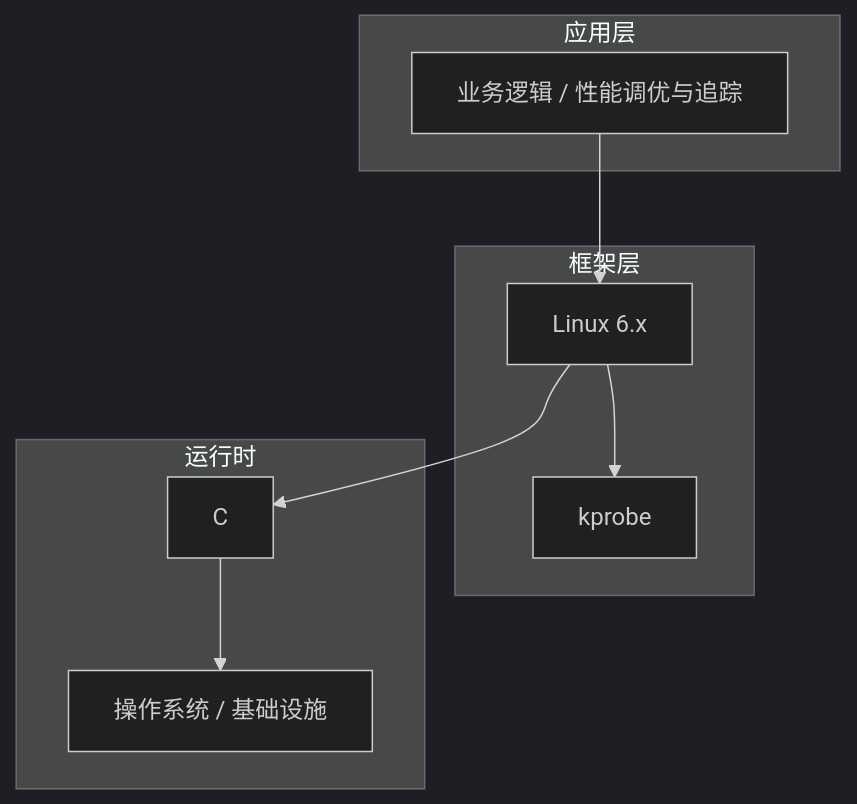
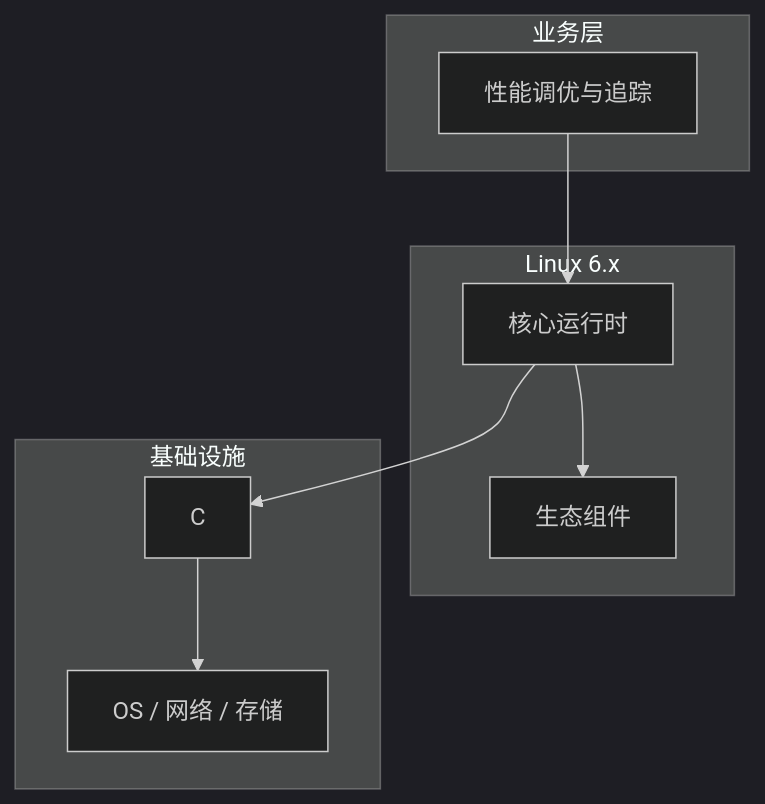
The diagram in articles/Linux内核/chapters/181-性能调优与追踪核心概念与原理.md (yanggan2015/knowledge-json-v2), drawn with Mermaid (dark theme) before and after one commit. The commit also changed other lines of this file and 10127 other files, not shown here.

````diff
--- a/articles/Linux内核/chapters/181-性能调优与追踪核心概念与原理.md
+++ b/articles/Linux内核/chapters/181-性能调优与追踪核心概念与原理.md
@@ -45,18 +34,18 @@
 ```mermaid
 graph TB
-    subgraph 应用层
-        A[业务逻辑 / 性能调优与追踪]
+    subgraph 业务层
+        A[性能调优与追踪]
     end
-    subgraph 框架层
-        B[Linux 6.x]
-        C[kprobe]
+    subgraph Linux 6.x
+        B[核心运行时]
+        C[生态组件]
     end
-    subgraph 运行时
+    subgraph 基础设施
         D[C]
-        E[操作系统 / 基础设施]
+        E[OS / 网络 / 存储]
     end
     A --> B
     B --> C
     B --> D
     D --> E
 ```
````
